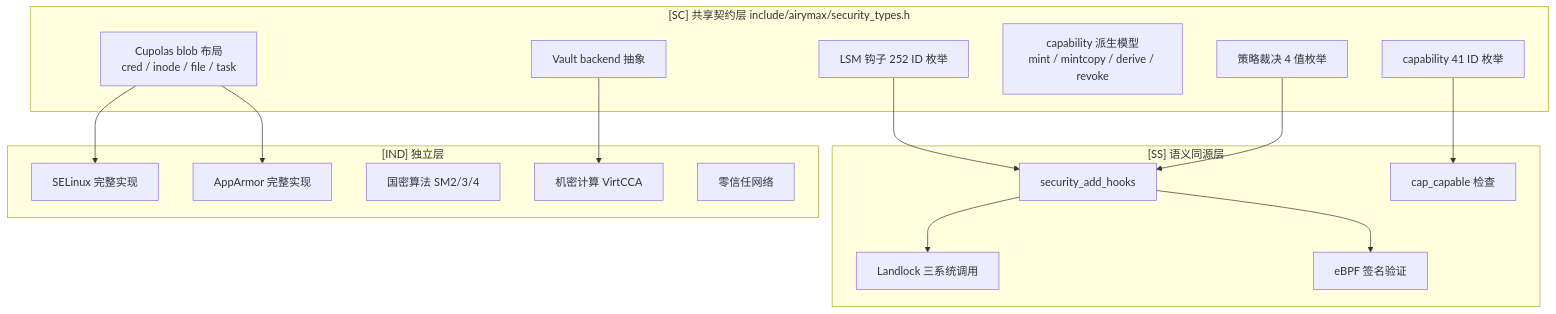
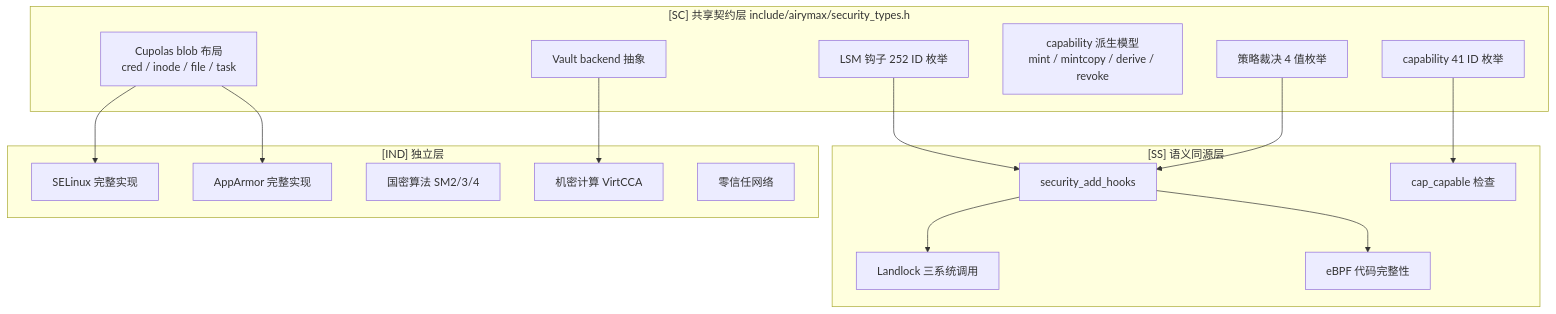
The first of 2 diagrams in 20-modules/03-security.md (openairymax/docs-linux), drawn with Mermaid before and after one commit. The commit also changed 12 other files, not shown here.

````diff
--- a/20-modules/03-security.md
+++ b/20-modules/03-security.md
@@ -171,32 +171,32 @@
 ```mermaid
 graph TD
     subgraph SC["[SC] 共享契约层 include/airymax/security_types.h"]
         CAP[capability 41 ID 枚举]
         LSM[LSM 钩子 252 ID 枚举]
         BLOB[Cupolas blob 布局<br/>cred / inode / file / task]
         DERIVE[capability 派生模型<br/>mint / mintcopy / derive / revoke]
         VAULT[Vault backend 抽象]
         VERDICT[策略裁决 4 值枚举]
     end
     subgraph SS["[SS] 语义同源层"]
         SECHOOKS[security_add_hooks]
         LANDLOCK[Landlock 三系统调用]
-        EBPFSIGN[eBPF 签名验证]
+        EBPFSIGN[eBPF 代码完整性]
         CAPCHECK[cap_capable 检查]
     end
     subgraph IND["[IND] 独立层"]
         SELINUX[SELinux 完整实现]
         APPARMOR[AppArmor 完整实现]
         CRYPTO[国密算法 SM2/3/4]
         CONFCOMP[机密计算 VirtCCA]
         ZEROTRUST[零信任网络]
     end
     CAP --> CAPCHECK
     LSM --> SECHOOKS
     BLOB --> SELINUX
     BLOB --> APPARMOR
     VAULT --> CONFCOMP
     VERDICT --> SECHOOKS
     SECHOOKS --> LANDLOCK
     SECHOOKS --> EBPFSIGN
 ```
````
